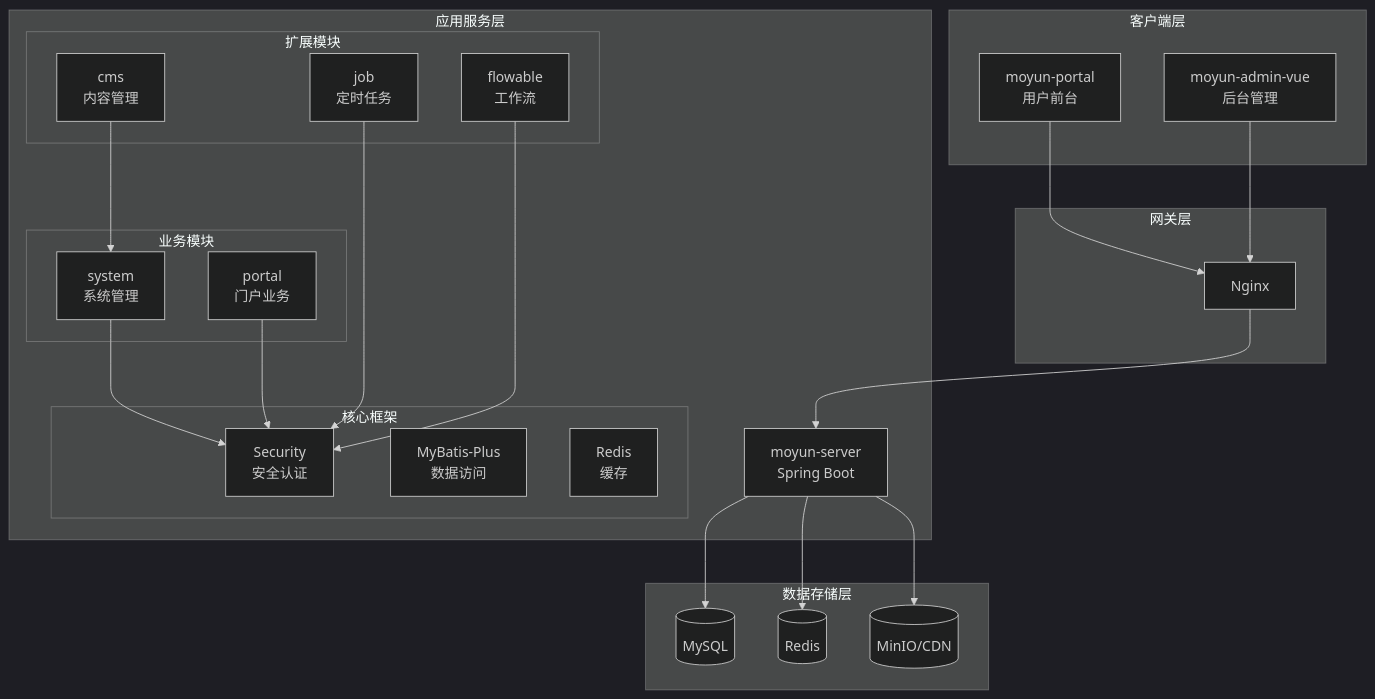
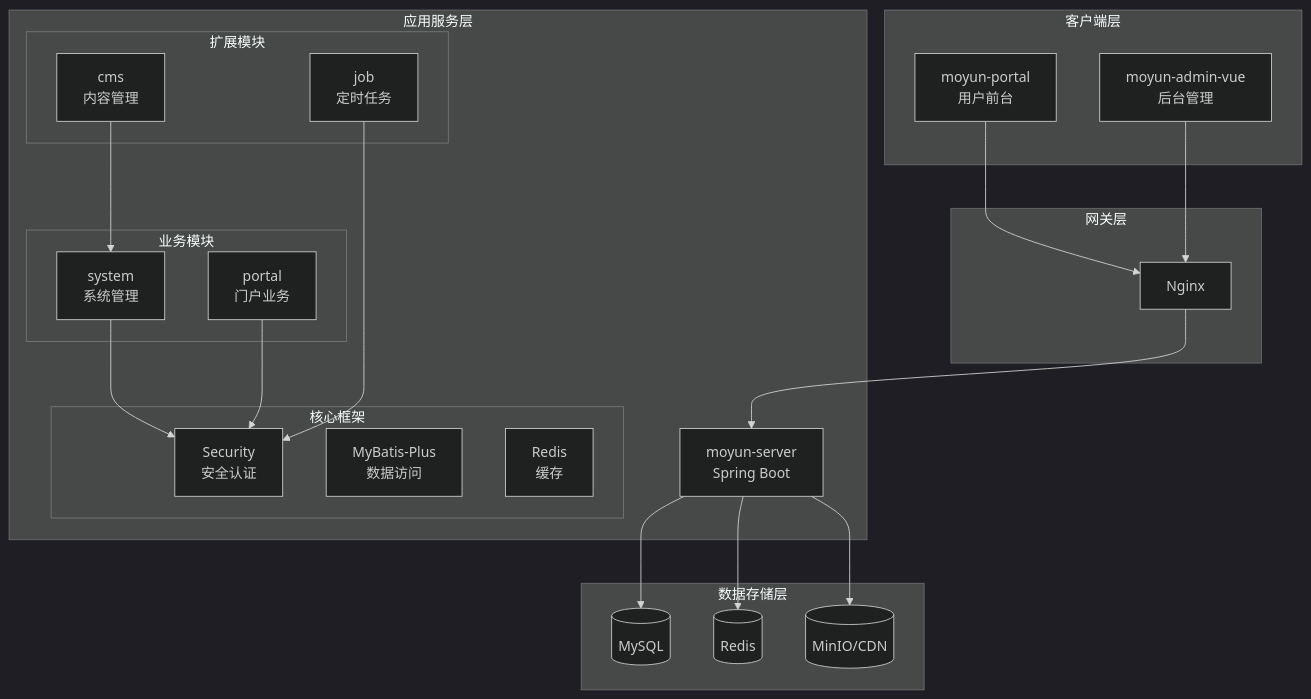
The first of 6 diagrams in docs/02_技术架构.md (zyg-allen/moyun-project-document), drawn with Mermaid (dark theme) before and after one commit. The commit also changed other lines of this file and 198 other files, not shown here.

````diff
--- a/docs/02_技术架构.md
+++ b/docs/02_技术架构.md
@@ -55,47 +53,45 @@
 ```mermaid
 graph TD
     subgraph 客户端层
         A[moyun-portal\n用户前台]
         B[moyun-admin-vue\n后台管理]
     end
     
     subgraph 网关层
         C[Nginx]
     end
     
     subgraph 应用服务层
         D[moyun-server\nSpring Boot]
         subgraph 业务模块
             E[system\n系统管理]
             F[portal\n门户业务]
         end
         subgraph 扩展模块
             G[cms\n内容管理]
             H[job\n定时任务]
-            I[flowable\n工作流]
         end
         subgraph 核心框架
             J[Security\n安全认证]
             K[MyBatis-Plus\n数据访问]
             L[Redis\n缓存]
         end
     end
     
     subgraph 数据存储层
         M[(MySQL)]
         N[(Redis)]
         O[(MinIO/CDN)]
     end
     
     A --> C
     B --> C
     C --> D
     D --> M
     D --> N
     D --> O
     E --> J
-    F --> J
-    G --> E
-    H --> J
-    I --> J
+        F --> J
+        G --> E
+        H --> J
 ```
````
